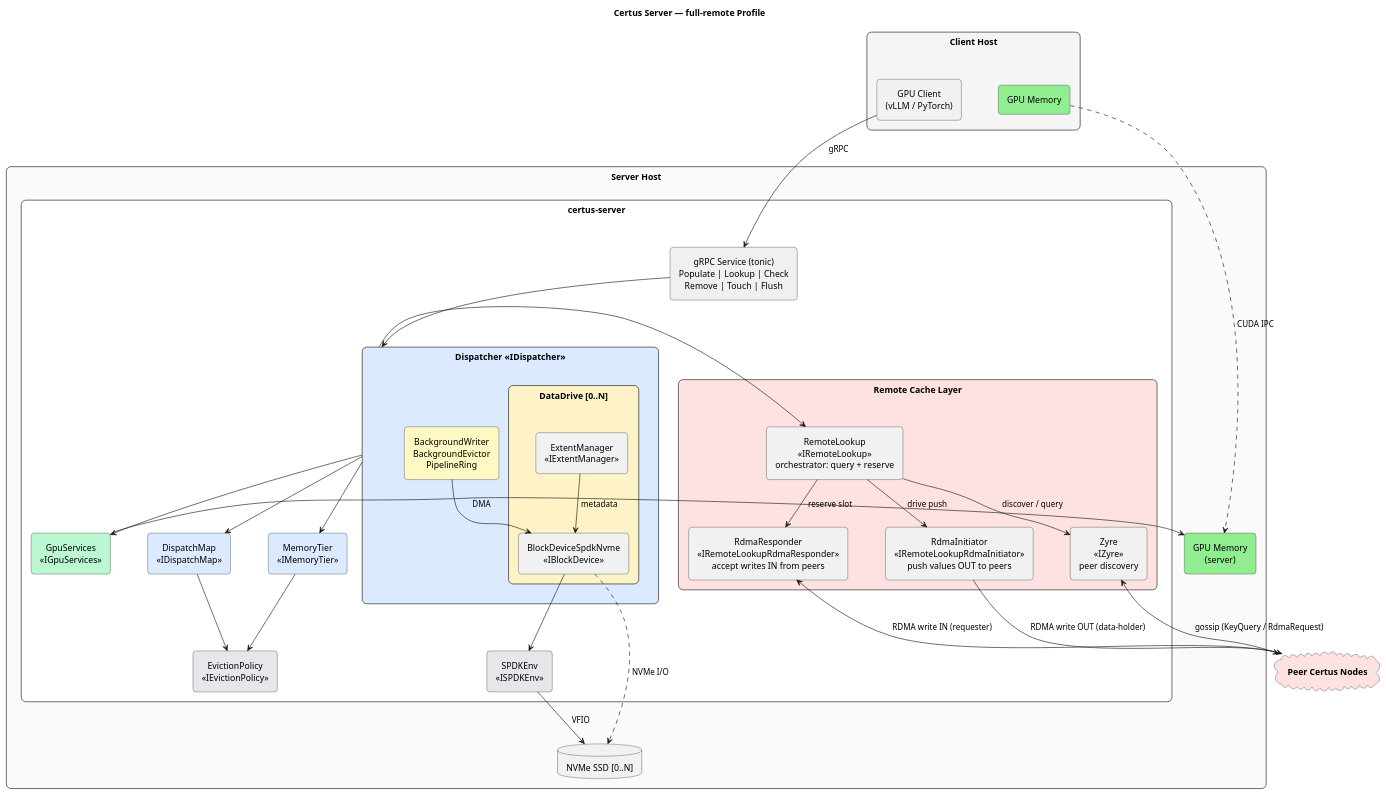
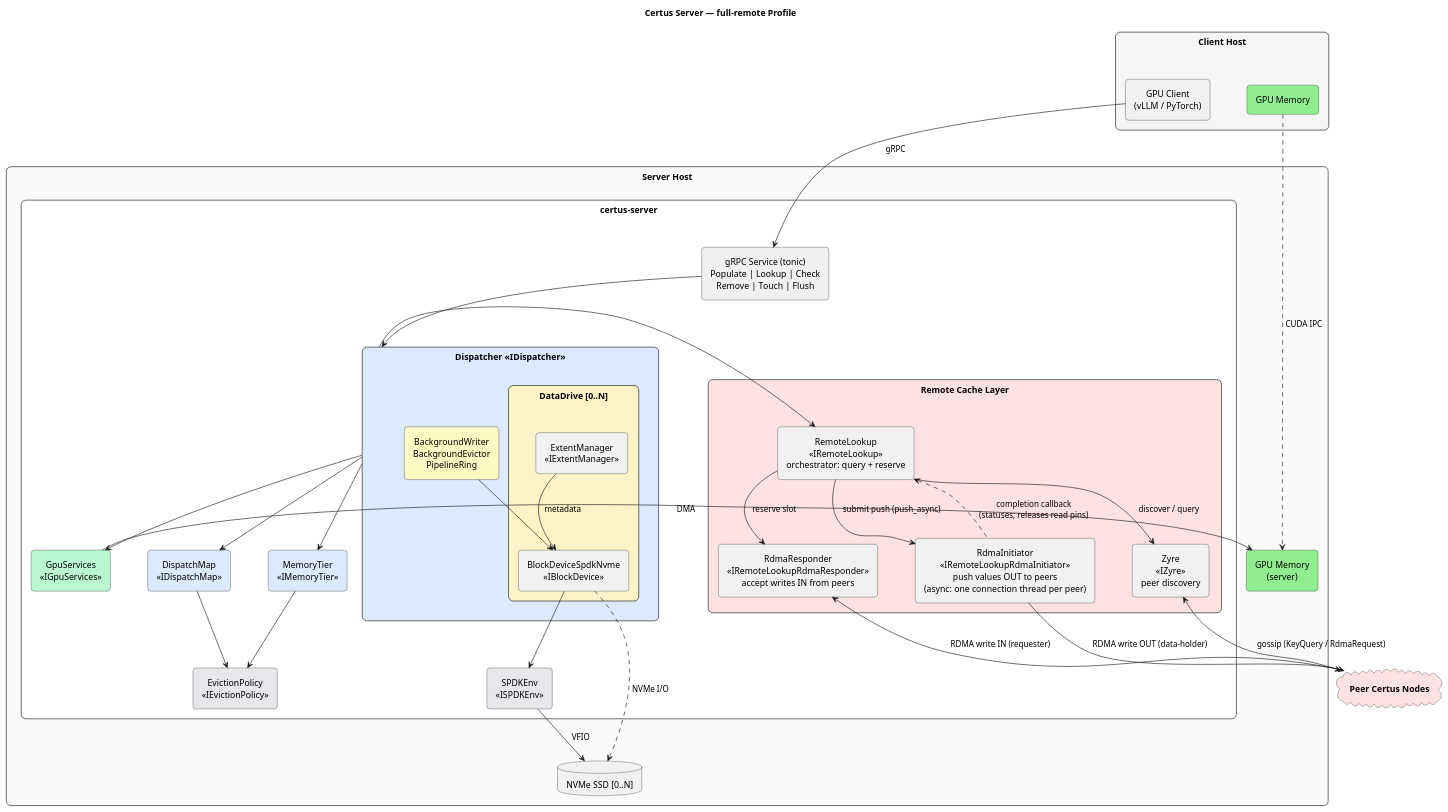
Before and after one commit to AI-native-Systems-Research/ai-native-storage-certus: the diagram in design/profiles/full-remote/certus-server-deployment.puml, drawn with PlantUML. The commit also changed 7 other files, not shown here.

First line of the commit message:
docs(full-remote): sync wiki and design artifacts for async push

```diff
--- a/design/profiles/full-remote/certus-server-deployment.puml
+++ b/design/profiles/full-remote/certus-server-deployment.puml
@@ -1,95 +1,96 @@
 @startuml
 skinparam defaultTextAlignment center
 skinparam padding 4
 skinparam nodesep 60
 skinparam ranksep 50
 skinparam rectangle {
     RoundCorner 15
 }
 skinparam agent {
     RoundCorner 10
 }
 hide stereotype
 
 title Certus Server — full-remote Profile
 
 ' ============================================================
 ' CLIENT
 ' ============================================================
 rectangle "**Client Host**" as client_box #F5F5F5 {
     agent "GPU Client\n(vLLM / PyTorch)" as pyclient
     agent "GPU Memory" as client_gpu #LightGreen
 }
 
 ' ============================================================
 ' SERVER
 ' ============================================================
 rectangle "**Server Host**" as server_box #FAFAFA {
 
     rectangle "certus-server" as server_proc #White {
 
         agent "gRPC Service (tonic)\nPopulate | Lookup | Check\nRemove | Touch | Flush" as grpc #F0F0F0
 
         rectangle "**Dispatcher** <<IDispatcher>>" as dispatcher #DBEAFE {
             rectangle "DataDrive [0..N]" as data_drive #FEF3C7 {
                 agent "BlockDeviceSpdkNvme\n<<IBlockDevice>>" as blkdev
                 agent "ExtentManager\n<<IExtentManager>>" as extmgr
             }
             agent "BackgroundWriter\nBackgroundEvictor\nPipelineRing" as disp_bg #FEF9C3
         }
 
         agent "DispatchMap\n<<IDispatchMap>>" as dispatch_map #DBEAFE
         agent "MemoryTier\n<<IMemoryTier>>" as memory_tier #DBEAFE
         agent "EvictionPolicy\n<<IEvictionPolicy>>" as eviction #E5E7EB
         agent "GpuServices\n<<IGpuServices>>" as gpu_svc #BBF7D0
         agent "SPDKEnv\n<<ISPDKEnv>>" as spdk_env #E5E7EB
 
         rectangle "**Remote Cache Layer**" as remote_box #FEE2E2 {
             agent "RemoteLookup\n<<IRemoteLookup>>\norchestrator: query + reserve" as remote_lookup
-            agent "RdmaInitiator\n<<IRemoteLookupRdmaInitiator>>\npush values OUT to peers" as remote_initiator
+            agent "RdmaInitiator\n<<IRemoteLookupRdmaInitiator>>\npush values OUT to peers\n(async: one connection thread per peer)" as remote_initiator
             agent "RdmaResponder\n<<IRemoteLookupRdmaResponder>>\naccept writes IN from peers" as remote_responder
             agent "Zyre\n<<IZyre>>\npeer discovery" as remote_zyre
         }
     }
 
     agent "GPU Memory\n(server)" as server_gpu #LightGreen
     database "NVMe SSD [0..N]" as nvme_data
 }
 
 cloud "**Peer Certus Nodes**" as peers #FEE2E2
 
 ' ============================================================
 ' CONNECTIONS
 ' ============================================================
 
 pyclient -down-> grpc : gRPC
 client_gpu .down.> server_gpu : CUDA IPC
 
 grpc -down-> dispatcher
 
 dispatcher -down-> dispatch_map
 dispatcher -down-> memory_tier
 dispatcher -down-> gpu_svc
 dispatcher -right-> remote_lookup
 
 dispatch_map -down-> eviction
 memory_tier -down-> eviction
 
 disp_bg --> blkdev
 blkdev -down-> spdk_env
 extmgr --> blkdev : metadata
 
-remote_lookup -down-> remote_initiator : drive push
+remote_lookup -down-> remote_initiator : submit push (push_async)
+remote_initiator .up.> remote_lookup : completion callback\n(statuses; releases read pins)
 remote_lookup -down-> remote_responder : reserve slot
 remote_lookup -down-> remote_zyre : discover / query
 
 gpu_svc -right-> server_gpu : DMA
 
 spdk_env -down-> nvme_data : VFIO
 blkdev .down.> nvme_data : NVMe I/O
 
 remote_zyre <-down-> peers : gossip (KeyQuery / RdmaRequest)
 remote_initiator -down-> peers : RDMA write OUT (data-holder)
 peers -up-> remote_responder : RDMA write IN (requester)
 
 @enduml
```
